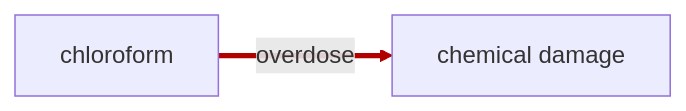
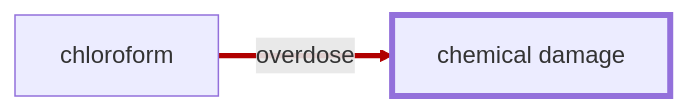
The ninth of 28 diagrams in README.md (frederik-hoeft/rimworld-more-injuries), drawn with Mermaid before and after one commit. The commit also changed other lines of this file and 14 other files, not shown here.

````diff
--- a/README.md
+++ b/README.md
@@ -478,11 +484,12 @@
 ```mermaid
 ---
 config:
   flowchart:
     htmlLabels: true
 ---
 flowchart LR
 chloroform[chloroform] ==> |overdose| chemical_damage[chemical damage]
 
 linkStyle 0 stroke: #b10000
+style chemical_damage stroke-width: 4px
 ```
````
